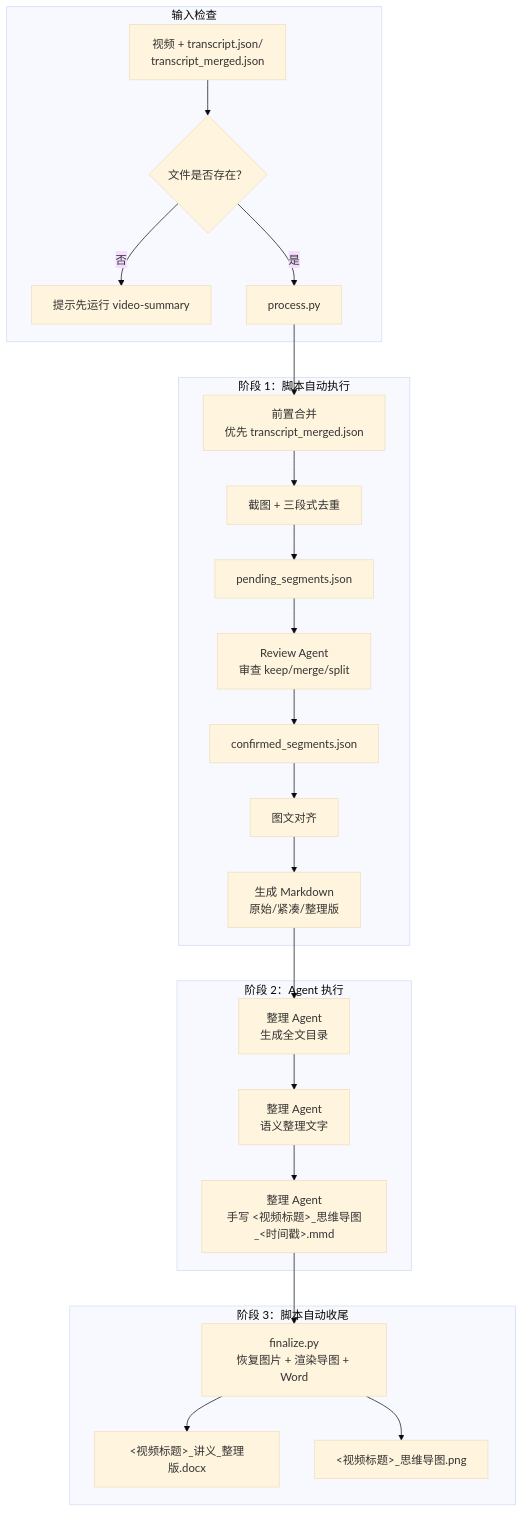
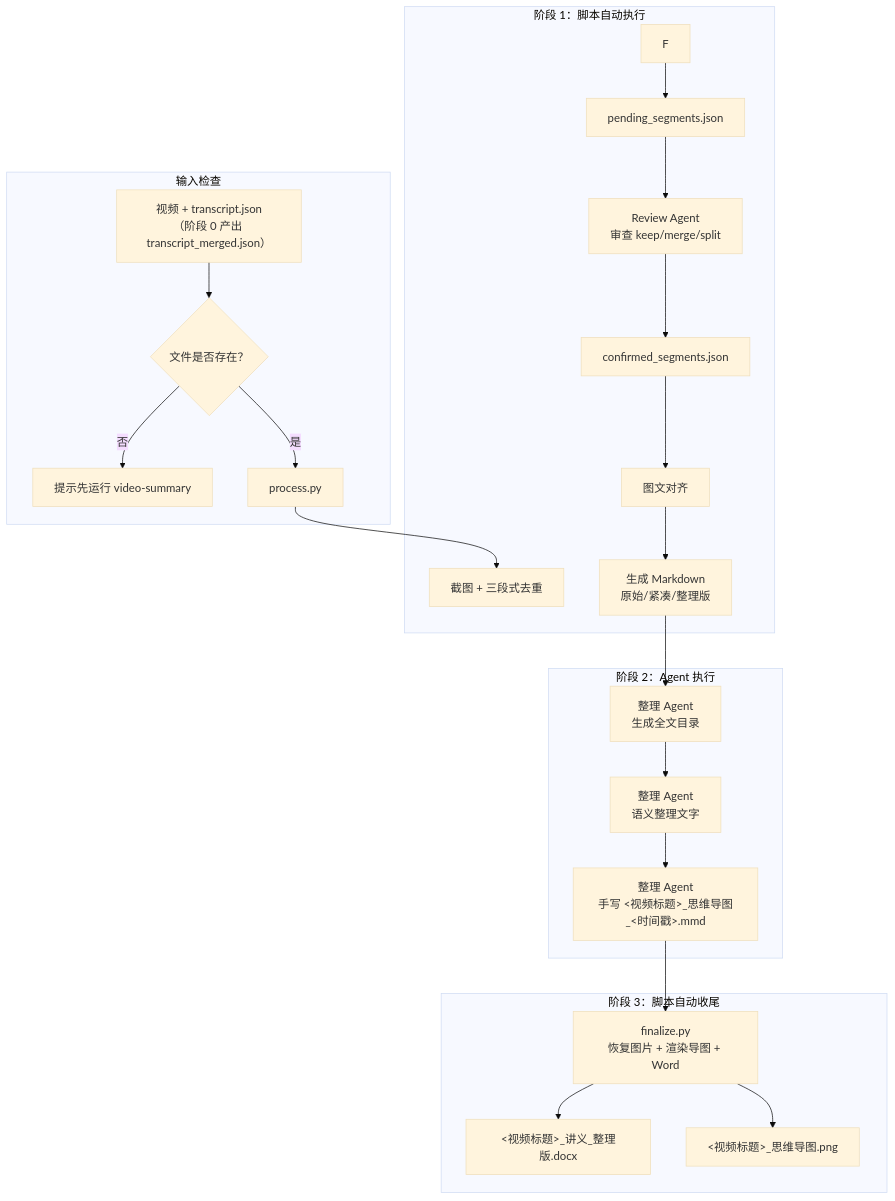
One commit to jarvislee90s-dot/VideoToDoc-skills changed the second of 2 diagrams in .agents/skills/video-to-slides/SKILL.md. Above: the diagram before and after it, drawn with Mermaid (base theme). The commit also changed other lines of this file and 2 other files, not shown here.

First line of the commit message:
docs(video-to-slides): 新增阶段 0 + 删 ①.5 桥 + 更新工作流图

````diff
--- a/.agents/skills/video-to-slides/SKILL.md
+++ b/.agents/skills/video-to-slides/SKILL.md
@@ -87,30 +73,29 @@
 ```mermaid
 flowchart TB
     subgraph input ["输入检查"]
-        A[视频 + transcript.json/<br/>transcript_merged.json] --> B{文件是否存在？}
+        A[视频 + transcript.json<br/>（阶段 0 产出 transcript_merged.json）] --> B{文件是否存在？}
         B -- 否 --> C[提示先运行 video-summary]
         B -- 是 --> D[process.py]
     end
 
     subgraph p1 ["阶段 1：脚本自动执行"]
-        D --> E[前置合并<br/>优先 transcript_merged.json]
-        E --> F[截图 + 三段式去重]
+        D --> E[截图 + 三段式去重]
         F --> G[pending_segments.json]
         G --> H[Review Agent<br/>审查 keep/merge/split]
         H --> I[confirmed_segments.json]
         I --> J[图文对齐]
         J --> K[生成 Markdown<br/>原始/紧凑/整理版]
     end
 
     subgraph p2 ["阶段 2：Agent 执行"]
         K --> L[整理 Agent<br/>生成全文目录]
         L --> M[整理 Agent<br/>语义整理文字]
         M --> N[整理 Agent<br/>手写 <视频标题>_思维导图_<时间戳>.mmd]
     end
 
     subgraph p3 ["阶段 3：脚本自动收尾"]
         N --> O[finalize.py<br/>恢复图片 + 渲染导图 + Word]
         O --> Q[<视频标题>_讲义_整理版.docx]
         O --> R[<视频标题>_思维导图.png]
     end
 ```
````
